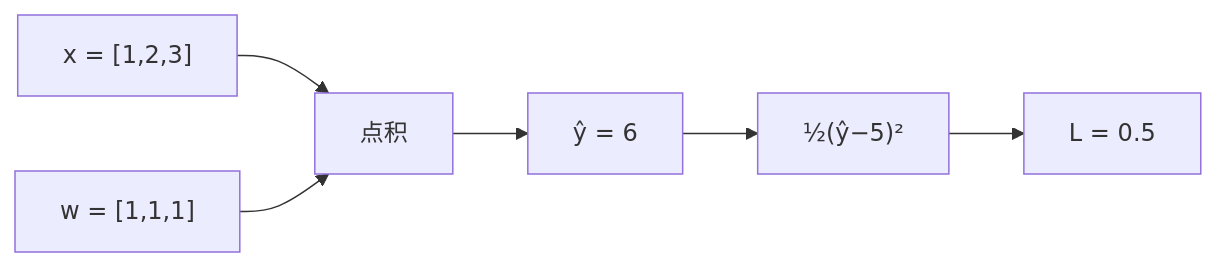
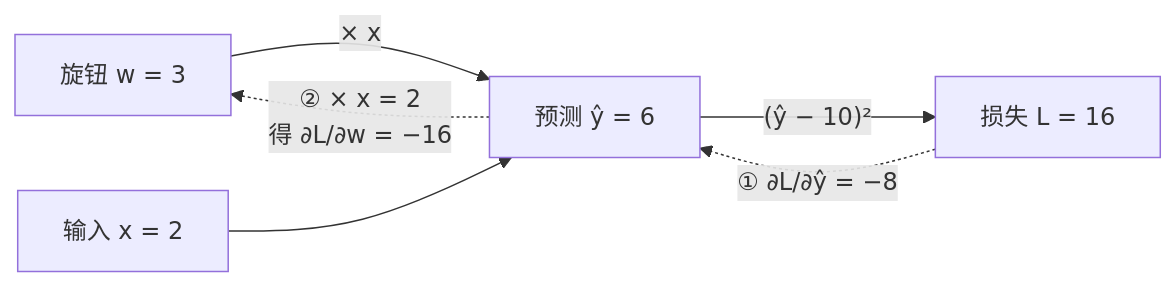
One commit to LeeGerry/CS336 changed the fourth of 4 diagrams in docs/chapters/ch00-primer.md. Above: the diagram before and after it, drawn with Mermaid. The commit also changed other lines of this file and 4 other files, not shown here.

````diff
--- a/docs/chapters/ch00-primer.md
+++ b/docs/chapters/ch00-primer.md
@@ -416,8 +812,8 @@
 ```mermaid
 flowchart LR
-  x["x = [1,2,3]"] --> dot["点积"]
-  w["w = [1,1,1]"] --> dot
-  dot --> yhat["ŷ = 6"]
-  yhat --> sq["½(ŷ−5)²"]
-  sq --> L["L = 0.5"]
+  w["旋钮 w = 3"] -->|"× x"| yhat["预测 ŷ = 6"]
+  x["输入 x = 2"] --> yhat
+  yhat -->|"(ŷ − 10)²"| L["损失 L = 16"]
+  L -.->|"① ∂L/∂ŷ = −8"| yhat
+  yhat -.->|"② × x = 2<br/>得 ∂L/∂w = −16"| w
 ```
````
